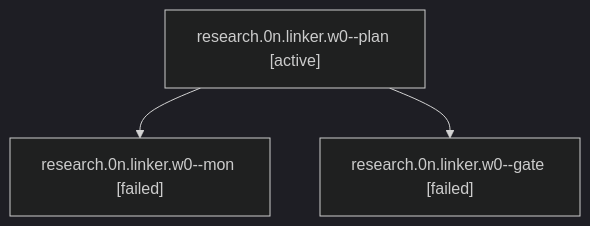
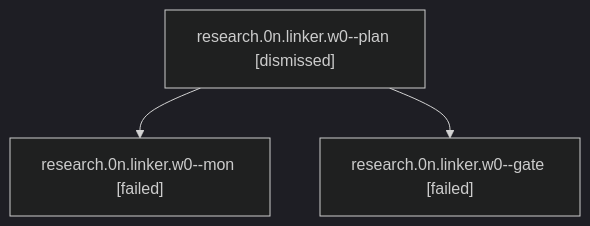
One commit to sase-org/sase--agents changed the diagram in sessions/bbugyi200.apollo.research.0n.linker.w0.md. Above: the diagram before and after it, drawn with Mermaid (dark theme). The commit also changed other lines of this file and 815 other files, not shown here.

````diff
--- a/sessions/bbugyi200.apollo.research.0n.linker.w0.md
+++ b/sessions/bbugyi200.apollo.research.0n.linker.w0.md
@@ -9,8 +9,8 @@
 ```mermaid
 flowchart TD
-  n0["research.0n.linker.w0--plan [active]"]
+  n0["research.0n.linker.w0--plan [dismissed]"]
   n1["research.0n.linker.w0--mon [failed]"]
   n0 --> n1
   n2["research.0n.linker.w0--gate [failed]"]
   n0 --> n2
 ```
````
